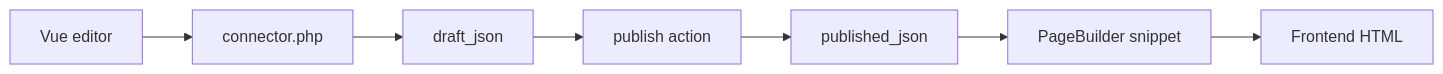
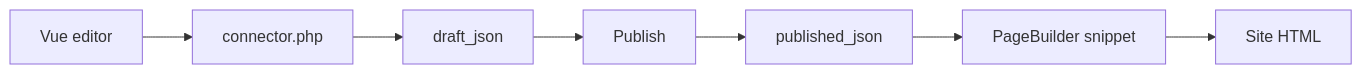
The diagram in docs/en/components/pagebuilder/integration.md (modx-pro/Docs), drawn with Mermaid before and after one commit. The commit also changed other lines of this file and 105 other files, not shown here.

````diff
--- a/docs/en/components/pagebuilder/integration.md
+++ b/docs/en/components/pagebuilder/integration.md
@@ -122,9 +134,9 @@
 ```mermaid
 flowchart LR
   Editor[Vue editor] --> Connector[connector.php]
   Connector --> Draft[draft_json]
-  Draft --> Publish[publish action]
+  Draft --> Publish[Publish]
   Publish --> Published[published_json]
   Published --> Snippet[PageBuilder snippet]
-  Snippet --> HTML[Frontend HTML]
+  Snippet --> HTML[Site HTML]
 ```
````
